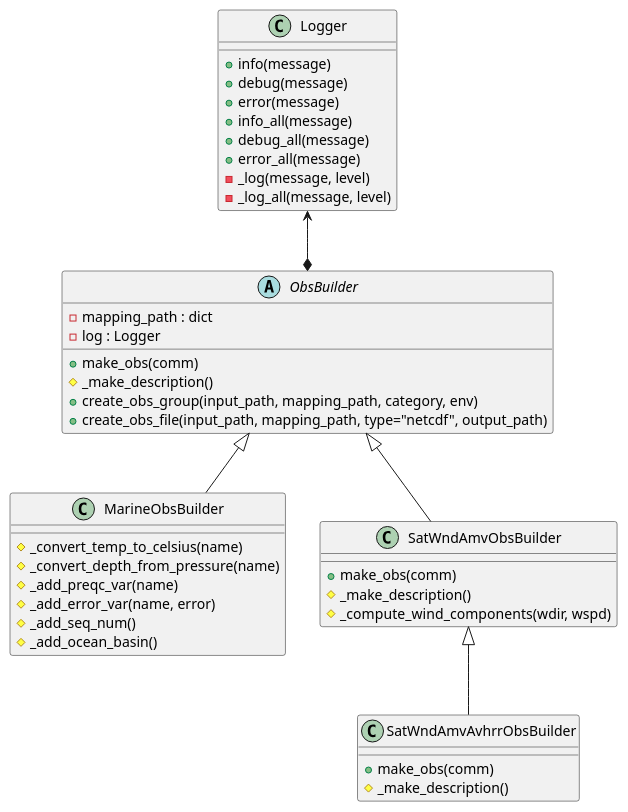
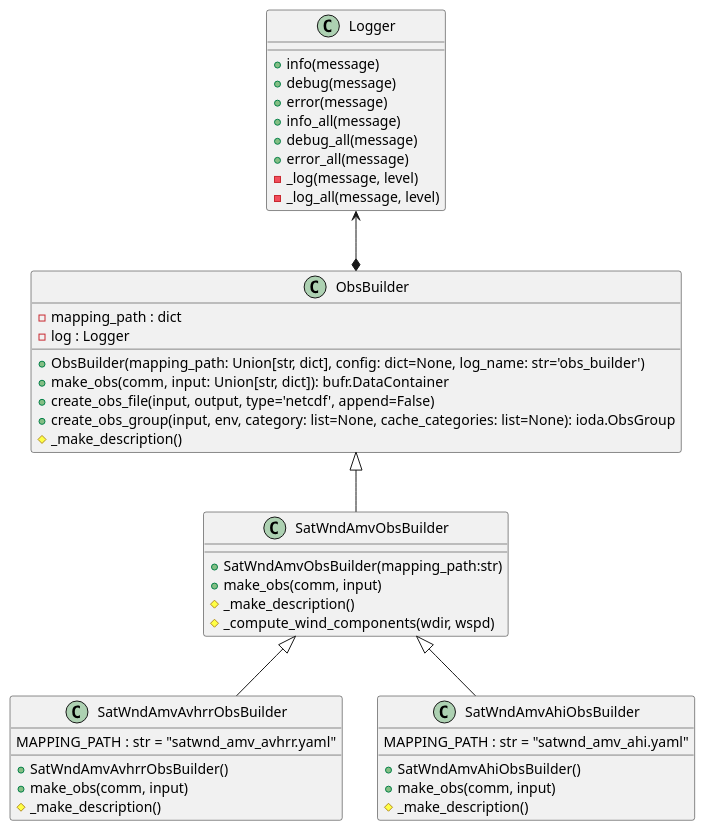
Before and after one commit to NOAA-EMC/bufr-query: the diagram in docs/uml/BUFR_ObsBuilder.puml, drawn with PlantUML. The commit also changed 6 other files, not shown here.

First line of the commit message:
Obs builder improvements. (#70)

```diff
--- a/docs/uml/BUFR_ObsBuilder.puml
+++ b/docs/uml/BUFR_ObsBuilder.puml
@@ -1,57 +1,59 @@
 @startuml
 'skinparam dpi 300
 'scale 1024 width
 
 class Logger
 {
   + info(message)
   + debug(message)
   + error(message)
   + info_all(message)
   + debug_all(message)
   + error_all(message)
   - _log(message, level)
   - _log_all(message, level)
 }
 
-abstract class ObsBuilder
+class ObsBuilder
 {
   - mapping_path : dict
   - log : Logger
 
-  + make_obs(comm)
+  + ObsBuilder(mapping_path: Union[str, dict], config: dict=None, log_name: str='obs_builder')
+  + make_obs(comm, input: Union[str, dict]): bufr.DataContainer
+  + create_obs_file(input, output, type='netcdf', append=False)
+  + create_obs_group(input, env, category: list=None, cache_categories: list=None): ioda.ObsGroup
   # _make_description()
-  + create_obs_group(input_path, mapping_path, category, env)
-  + create_obs_file(input_path, mapping_path, type="netcdf", output_path)
-}
-
-class MarineObsBuilder
-{
-  # _convert_temp_to_celsius(name)
-  # _convert_depth_from_pressure(name)
-  # _add_preqc_var(name)
-  # _add_error_var(name, error)
-  # _add_seq_num()
-  # _add_ocean_basin()
 }
 
 class SatWndAmvObsBuilder
 {
-  + make_obs(comm)
+  + SatWndAmvObsBuilder(mapping_path:str)
+  + make_obs(comm, input)
   # _make_description()
   # _compute_wind_components(wdir, wspd)
 }
 
 class SatWndAmvAvhrrObsBuilder
 {
-  + make_obs(comm)
+  MAPPING_PATH : str = "satwnd_amv_avhrr.yaml"
+  + SatWndAmvAvhrrObsBuilder()
+  + make_obs(comm, input)
+  # _make_description()
+}
+
+class SatWndAmvAhiObsBuilder
+{
+   MAPPING_PATH : str = "satwnd_amv_ahi.yaml"
+  + SatWndAmvAhiObsBuilder()
+  + make_obs(comm, input)
   # _make_description()
 }
 
 Logger <--* ObsBuilder
-ObsBuilder <|-- MarineObsBuilder
 ObsBuilder <|-- SatWndAmvObsBuilder
 SatWndAmvObsBuilder <|-- SatWndAmvAvhrrObsBuilder
+SatWndAmvObsBuilder <|-- SatWndAmvAhiObsBuilder
 
 
 @enduml
```
